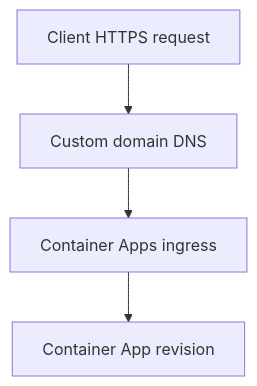
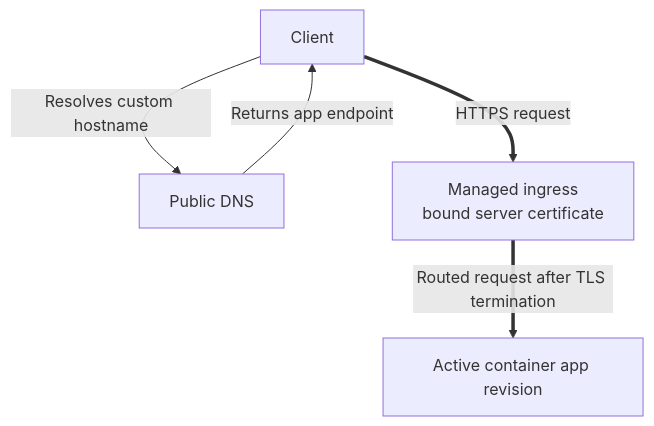
Before and after one commit to yeongseon/azure-container-apps-practical-guide: the second of 2 diagrams in docs/language-guides/python/recipes/custom-domains.md, drawn with Mermaid. The commit also changed other lines of this file and 18 other files, not shown here.

Commit message:
docs(diagrams): migrate Python recipe diagrams (#620)

````diff
--- a/docs/language-guides/python/recipes/custom-domains.md
+++ b/docs/language-guides/python/recipes/custom-domains.md
@@ -35,6 +52,15 @@
 ```mermaid
 flowchart TD
-    U[Client HTTPS request] --> CDNS[Custom domain DNS]
-    CDNS --> INGRESS[Container Apps ingress]
-    INGRESS --> APP[Container App revision]
+    accTitle: Serve a secured custom domain
+    accDescr: Public DNS resolves the custom hostname to Container Apps. Managed ingress presents the bound server certificate, terminates TLS, and routes the request to the active revision.
+
+    CLIENT[Client]
+    DNS[Public DNS]
+    INGRESS[Managed ingress<br/>bound server certificate]
+    REVISION[Active container app revision]
+
+    CLIENT -->|Resolves custom hostname| DNS
+    DNS -->|Returns app endpoint| CLIENT
+    CLIENT ==>|HTTPS request| INGRESS
+    INGRESS ==>|Routed request after TLS termination| REVISION
 ```
````
